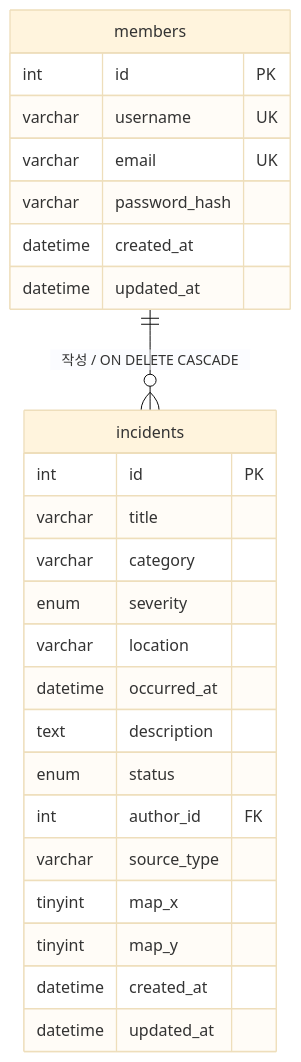
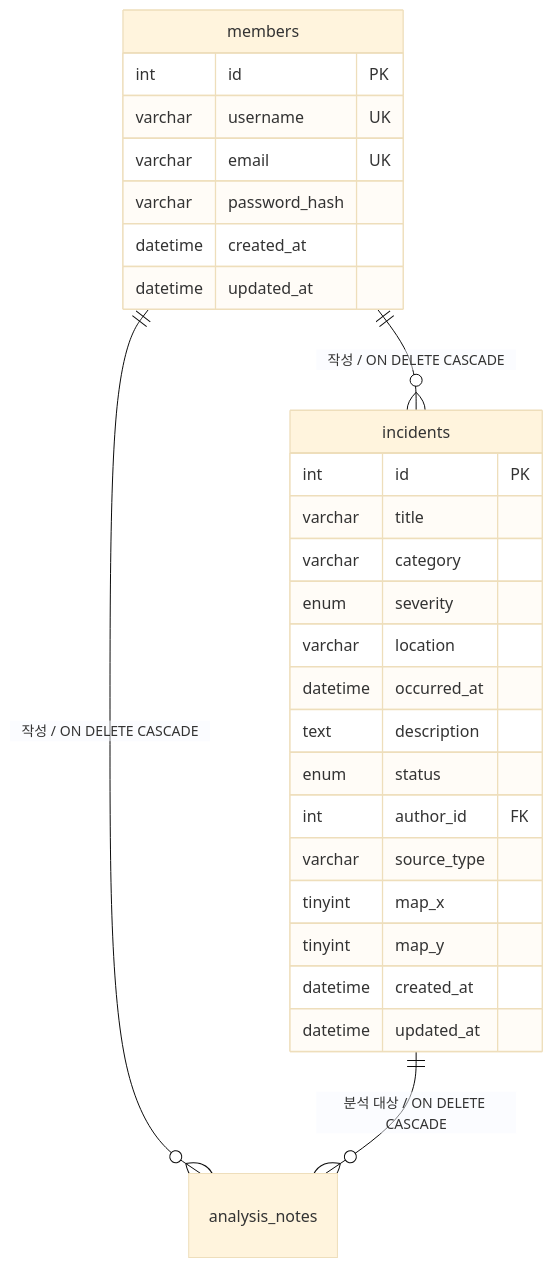
The diagram in docs/DATABASE_SCHEMA.md (uix0as/gotham_demo), drawn with Mermaid (base theme) before and after one commit. The commit also changed other lines of this file and 75 other files, not shown here.

````diff
--- a/docs/DATABASE_SCHEMA.md
+++ b/docs/DATABASE_SCHEMA.md
@@ -7,28 +7,30 @@
 ```mermaid
 erDiagram
     members ||--o{ incidents : "작성 / ON DELETE CASCADE"
+    members ||--o{ analysis_notes : "작성 / ON DELETE CASCADE"
+    incidents ||--o{ analysis_notes : "분석 대상 / ON DELETE CASCADE"
     members {
         int id PK
         varchar username UK
         varchar email UK
         varchar password_hash
         datetime created_at
         datetime updated_at
     }
     incidents {
         int id PK
         varchar title
         varchar category
         enum severity
         varchar location
         datetime occurred_at
         text description
         enum status
         int author_id FK
         varchar source_type
         tinyint map_x
         tinyint map_y
         datetime created_at
         datetime updated_at
     }
 ```
````
